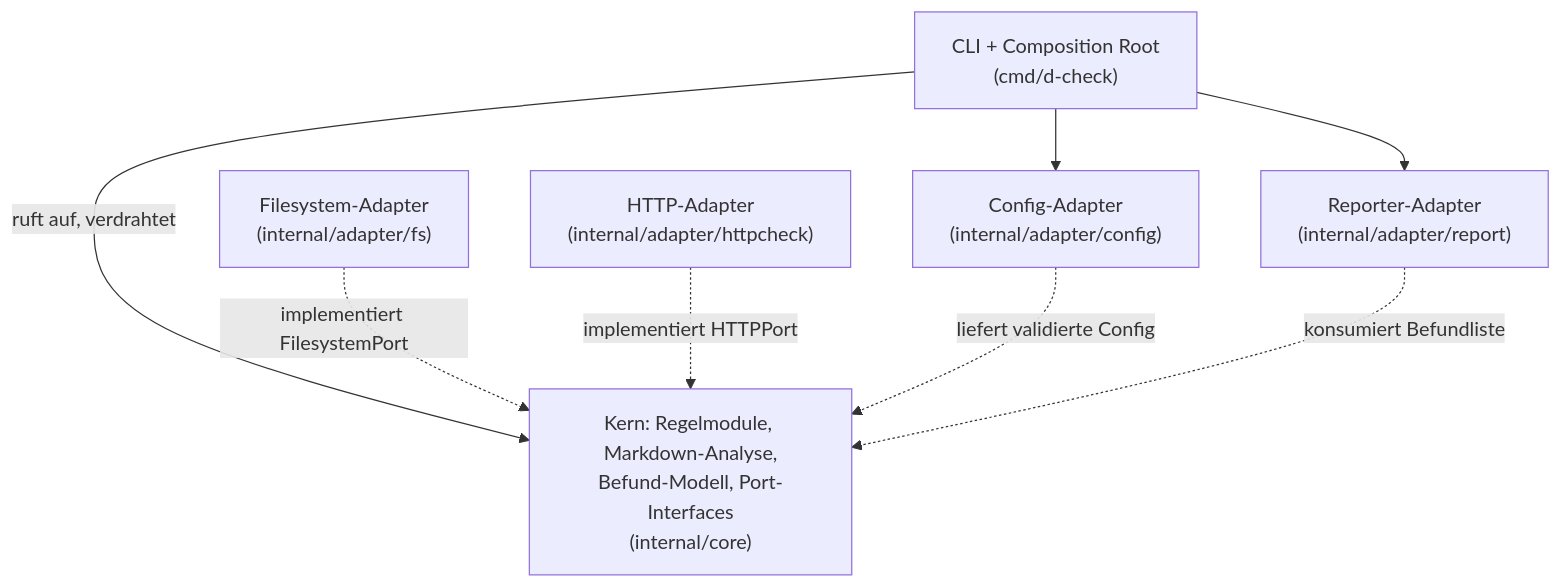
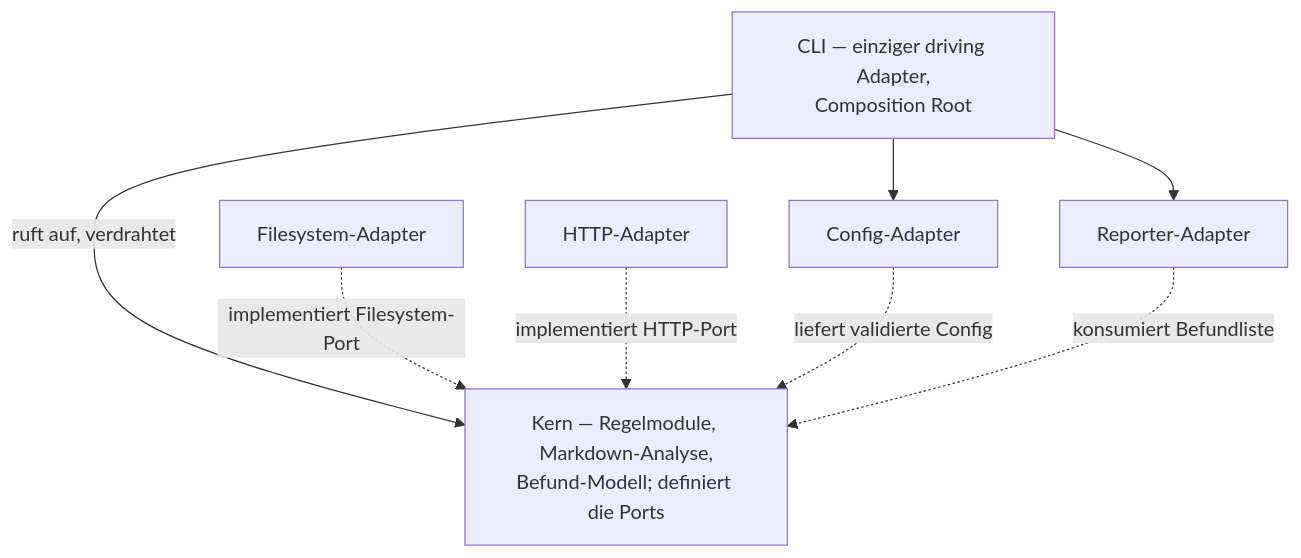
The first of 2 diagrams in spec/architecture.md (pt9912/d-check), drawn with Mermaid before and after one commit. The commit also changed other lines of this file and 5 other files, not shown here.

First line of the commit message:
docs(spec): architecture.md sprachneutral — Rollen statt Modul-Pfade

````diff
--- a/spec/architecture.md
+++ b/spec/architecture.md
@@ -20,17 +22,17 @@
 ```mermaid
 flowchart TB
-    CLI["CLI + Composition Root<br/>(cmd/d-check)"]
-    CORE["Kern: Regelmodule, Markdown-Analyse,<br/>Befund-Modell, Port-Interfaces<br/>(internal/core)"]
-    FS["Filesystem-Adapter<br/>(internal/adapter/fs)"]
-    HTTP["HTTP-Adapter<br/>(internal/adapter/httpcheck)"]
-    CFG["Config-Adapter<br/>(internal/adapter/config)"]
-    REP["Reporter-Adapter<br/>(internal/adapter/report)"]
+    CLI["CLI — einziger driving Adapter,<br/>Composition Root"]
+    CORE["Kern — Regelmodule, Markdown-Analyse,<br/>Befund-Modell; definiert die Ports"]
+    FS["Filesystem-Adapter"]
+    HTTP["HTTP-Adapter"]
+    CFG["Config-Adapter"]
+    REP["Reporter-Adapter"]
 
     CLI -->|"ruft auf, verdrahtet"| CORE
     CLI --> CFG
     CLI --> REP
-    FS -.->|"implementiert FilesystemPort"| CORE
-    HTTP -.->|"implementiert HTTPPort"| CORE
+    FS -.->|"implementiert Filesystem-Port"| CORE
+    HTTP -.->|"implementiert HTTP-Port"| CORE
     CFG -.->|"liefert validierte Config"| CORE
     REP -.->|"konsumiert Befundliste"| CORE
 ```
````
